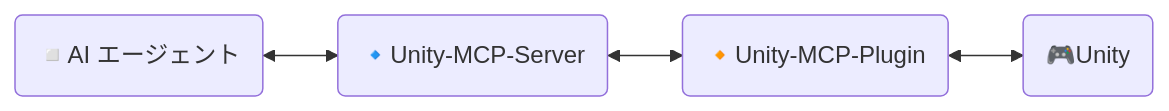
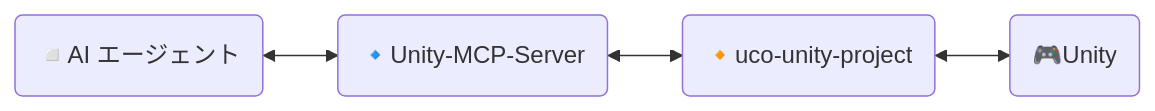
The first of 2 diagrams in docs/dev/Development.ja.md (DumoeDss/uco-plugin), drawn with Mermaid before and after one commit. The commit also changed other lines of this file and 679 other files, not shown here.

First line of the commit message:
release: plugin 0.76.0 + framework rename — Phase E (uco)

````diff
--- a/docs/dev/Development.ja.md
+++ b/docs/dev/Development.ja.md
@@ -145,12 +145,12 @@
 ```mermaid
 graph LR
   A(◽AI エージェント)
   B(🔹Unity-MCP-Server)
-  C(🔸Unity-MCP-Plugin)
+  C(🔸uco-unity-project)
   D(🎮Unity)
 
   %% Relationships
   A <--> B
   B <--> C
   C <--> D
 ```
````
